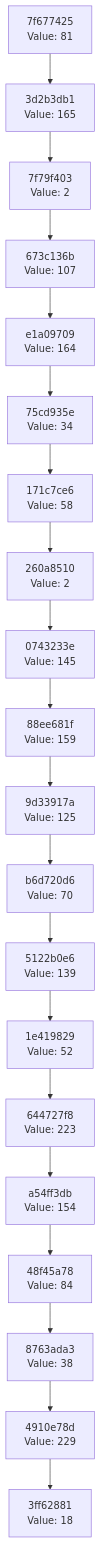
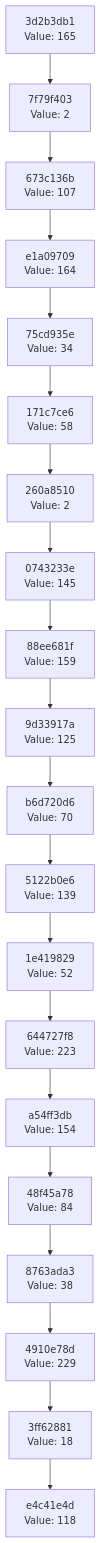
Before and after one commit to Abhisheksinha1506/hash-chain-evolver: the diagram in docs/CHAIN_VISUALIZATION.md, drawn with Mermaid. The commit also changed 2 other files, not shown here.

Commit message:
Evolution step: hash 0x76 → action executed

````diff
--- a/docs/CHAIN_VISUALIZATION.md
+++ b/docs/CHAIN_VISUALIZATION.md
@@ -3,42 +3,42 @@
 ```mermaid
 graph TD
-    C0["3ff62881<br/>Value: 18"]
-    C1["4910e78d<br/>Value: 229"]
+    C0["e4c41e4d<br/>Value: 118"]
+    C1["3ff62881<br/>Value: 18"]
     C1 --> C0
-    C2["8763ada3<br/>Value: 38"]
+    C2["4910e78d<br/>Value: 229"]
     C2 --> C1
-    C3["48f45a78<br/>Value: 84"]
+    C3["8763ada3<br/>Value: 38"]
     C3 --> C2
-    C4["a54ff3db<br/>Value: 154"]
+    C4["48f45a78<br/>Value: 84"]
     C4 --> C3
-    C5["644727f8<br/>Value: 223"]
+    C5["a54ff3db<br/>Value: 154"]
     C5 --> C4
-    C6["1e419829<br/>Value: 52"]
+    C6["644727f8<br/>Value: 223"]
     C6 --> C5
-    C7["5122b0e6<br/>Value: 139"]
+    C7["1e419829<br/>Value: 52"]
     C7 --> C6
-    C8["b6d720d6<br/>Value: 70"]
+    C8["5122b0e6<br/>Value: 139"]
     C8 --> C7
-    C9["9d33917a<br/>Value: 125"]
+    C9["b6d720d6<br/>Value: 70"]
     C9 --> C8
-    C10["88ee681f<br/>Value: 159"]
+    C10["9d33917a<br/>Value: 125"]
     C10 --> C9
-    C11["0743233e<br/>Value: 145"]
+    C11["88ee681f<br/>Value: 159"]
     C11 --> C10
-    C12["260a8510<br/>Value: 2"]
+    C12["0743233e<br/>Value: 145"]
     C12 --> C11
-    C13["171c7ce6<br/>Value: 58"]
+    C13["260a8510<br/>Value: 2"]
     C13 --> C12
-    C14["75cd935e<br/>Value: 34"]
+    C14["171c7ce6<br/>Value: 58"]
     C14 --> C13
-    C15["e1a09709<br/>Value: 164"]
+    C15["75cd935e<br/>Value: 34"]
     C15 --> C14
-    C16["673c136b<br/>Value: 107"]
+    C16["e1a09709<br/>Value: 164"]
     C16 --> C15
-    C17["7f79f403<br/>Value: 2"]
+    C17["673c136b<br/>Value: 107"]
     C17 --> C16
-    C18["3d2b3db1<br/>Value: 165"]
+    C18["7f79f403<br/>Value: 2"]
     C18 --> C17
-    C19["7f677425<br/>Value: 81"]
+    C19["3d2b3db1<br/>Value: 165"]
     C19 --> C18
 ```
````
